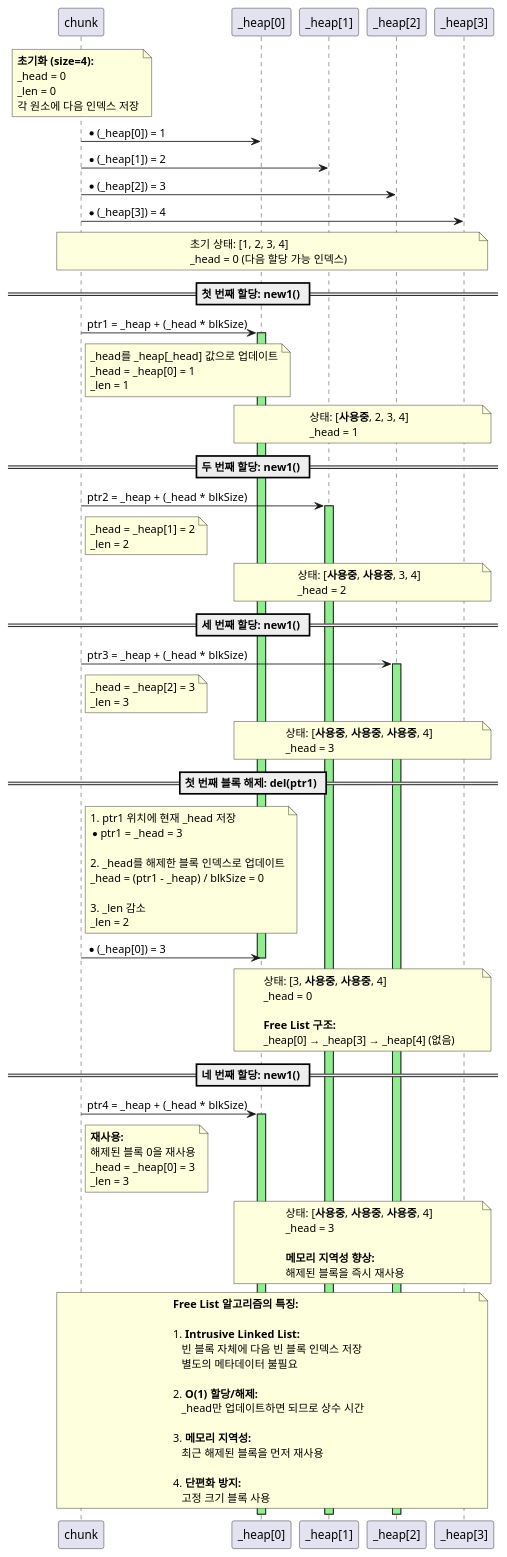
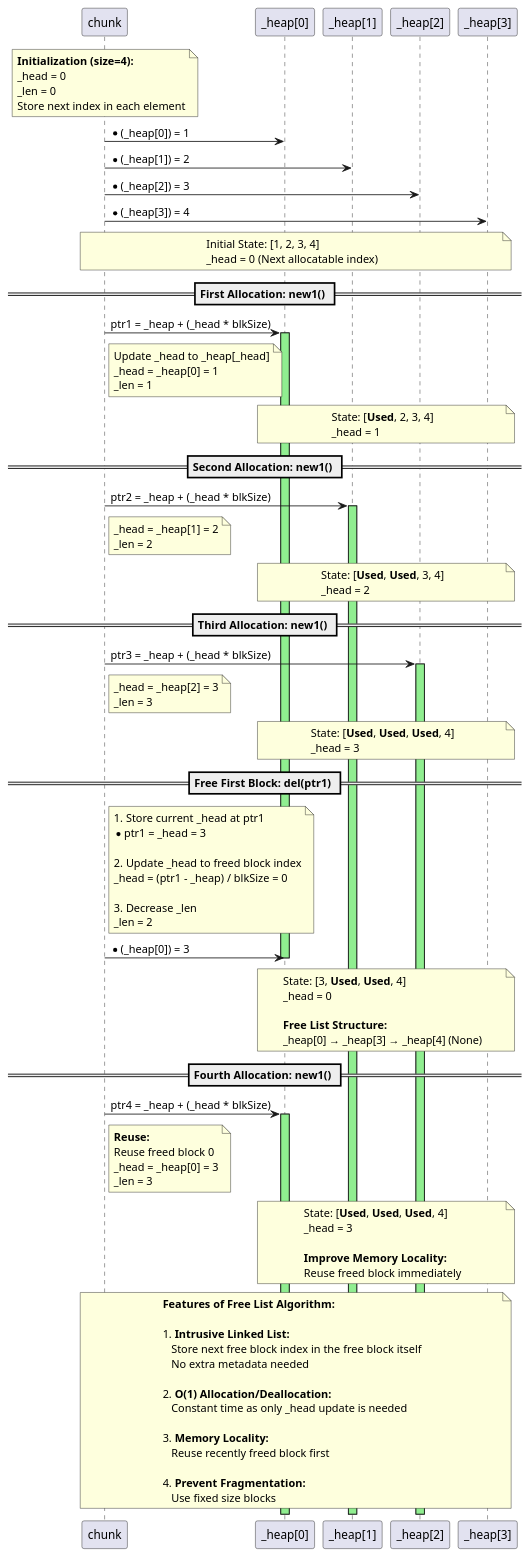
The fourth of 5 diagrams in doc/ref/ko/ag-architecture-memlite.md (byeolang/byeol), drawn with PlantUML before and after one commit. The commit also changed other lines of this file and 5 other files, not shown here.

First line of the commit message:
docs: translate Korean to English in PlantUML blocks

```diff
--- a/doc/ref/ko/ag-architecture-memlite.md
+++ b/doc/ref/ko/ag-architecture-memlite.md
@@ -557,10 +557,10 @@
 participant "_heap[3]" as heap3
 
 note over chunk
-  <b>초기화 (size=4):</b>
+  <b>Initialization (size=4):</b>
   _head = 0
   _len = 0
-  각 원소에 다음 인덱스 저장
+  Store next index in each element
 end note
 
 chunk -> heap0 : *(_heap[0]) = 1
@@ -569,27 +569,27 @@
 chunk -> heap3 : *(_heap[3]) = 4
 
 note over chunk, heap3
-  초기 상태: [1, 2, 3, 4]
-  _head = 0 (다음 할당 가능 인덱스)
+  Initial State: [1, 2, 3, 4]
+  _head = 0 (Next allocatable index)
 end note
 
-== 첫 번째 할당: new1() ==
+== First Allocation: new1() ==
 
 chunk -> heap0 : ptr1 = _heap + (_head * blkSize)
 activate heap0 #lightgreen
 
 note right of chunk
-  _head를 _heap[_head] 값으로 업데이트
+  Update _head to _heap[_head]
   _head = _heap[0] = 1
   _len = 1
 end note
 
 note over heap0, heap3
-  상태: [<b>사용중</b>, 2, 3, 4]
+  State: [<b>Used</b>, 2, 3, 4]
   _head = 1
 end note
 
-== 두 번째 할당: new1() ==
+== Second Allocation: new1() ==
 
 chunk -> heap1 : ptr2 = _heap + (_head * blkSize)
 activate heap1 #lightgreen
@@ -600,11 +600,11 @@
 end note
 
 note over heap0, heap3
-  상태: [<b>사용중</b>, <b>사용중</b>, 3, 4]
+  State: [<b>Used</b>, <b>Used</b>, 3, 4]
   _head = 2
 end note
 
-== 세 번째 할당: new1() ==
+== Third Allocation: new1() ==
 
 chunk -> heap2 : ptr3 = _heap + (_head * blkSize)
 activate heap2 #lightgreen
@@ -615,20 +615,20 @@
 end note
 
 note over heap0, heap3
-  상태: [<b>사용중</b>, <b>사용중</b>, <b>사용중</b>, 4]
+  State: [<b>Used</b>, <b>Used</b>, <b>Used</b>, 4]
   _head = 3
 end note
 
-== 첫 번째 블록 해제: del(ptr1) ==
+== Free First Block: del(ptr1) ==
 
 note right of chunk
-  1. ptr1 위치에 현재 _head 저장
+  1. Store current _head at ptr1
   *ptr1 = _head = 3
 
-  2. _head를 해제한 블록 인덱스로 업데이트
+  2. Update _head to freed block index
   _head = (ptr1 - _heap) / blkSize = 0
 
-  3. _len 감소
+  3. Decrease _len
   _len = 2
 end note
 
@@ -636,48 +636,48 @@
 deactivate heap0
 
 note over heap0, heap3
-  상태: [3, <b>사용중</b>, <b>사용중</b>, 4]
+  State: [3, <b>Used</b>, <b>Used</b>, 4]
   _head = 0
 
-  <b>Free List 구조:</b>
-  _heap[0] → _heap[3] → _heap[4] (없음)
+  <b>Free List Structure:</b>
+  _heap[0] → _heap[3] → _heap[4] (None)
 end note
 
-== 네 번째 할당: new1() ==
+== Fourth Allocation: new1() ==
 
 chunk -> heap0 : ptr4 = _heap + (_head * blkSize)
 activate heap0 #lightgreen
 
 note right of chunk
-  <b>재사용:</b>
-  해제된 블록 0을 재사용
+  <b>Reuse:</b>
+  Reuse freed block 0
   _head = _heap[0] = 3
   _len = 3
 end note
 
 note over heap0, heap3
-  상태: [<b>사용중</b>, <b>사용중</b>, <b>사용중</b>, 4]
+  State: [<b>Used</b>, <b>Used</b>, <b>Used</b>, 4]
   _head = 3
 
-  <b>메모리 지역성 향상:</b>
-  해제된 블록을 즉시 재사용
+  <b>Improve Memory Locality:</b>
+  Reuse freed block immediately
 end note
 
 note over chunk, heap3
-  <b>Free List 알고리즘의 특징:</b>
+  <b>Features of Free List Algorithm:</b>
 
   1. <b>Intrusive Linked List:</b>
-     빈 블록 자체에 다음 빈 블록 인덱스 저장
-     별도의 메타데이터 불필요
+     Store next free block index in the free block itself
+     No extra metadata needed
 
-  2. <b>O(1) 할당/해제:</b>
-     _head만 업데이트하면 되므로 상수 시간
+  2. <b>O(1) Allocation/Deallocation:</b>
+     Constant time as only _head update is needed
 
-  3. <b>메모리 지역성:</b>
-     최근 해제된 블록을 먼저 재사용
+  3. <b>Memory Locality:</b>
+     Reuse recently freed block first
 
-  4. <b>단편화 방지:</b>
-     고정 크기 블록 사용
+  4. <b>Prevent Fragmentation:</b>
+     Use fixed size blocks
 end note
 
 @enduml
```
